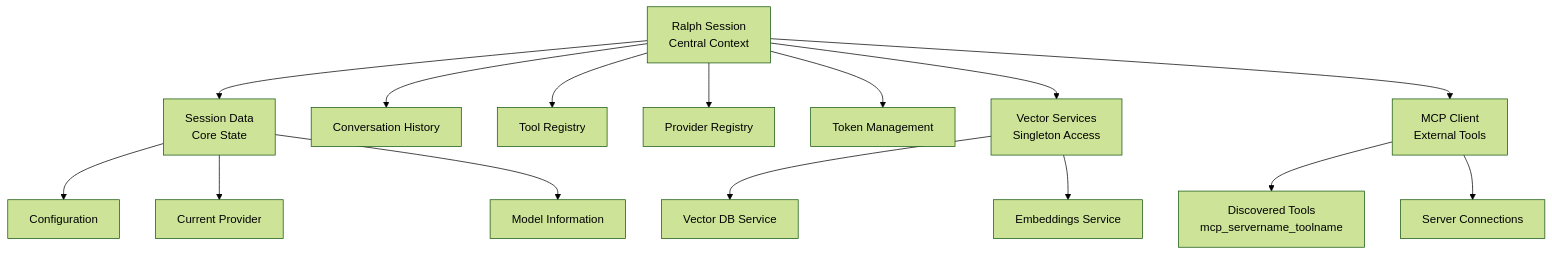
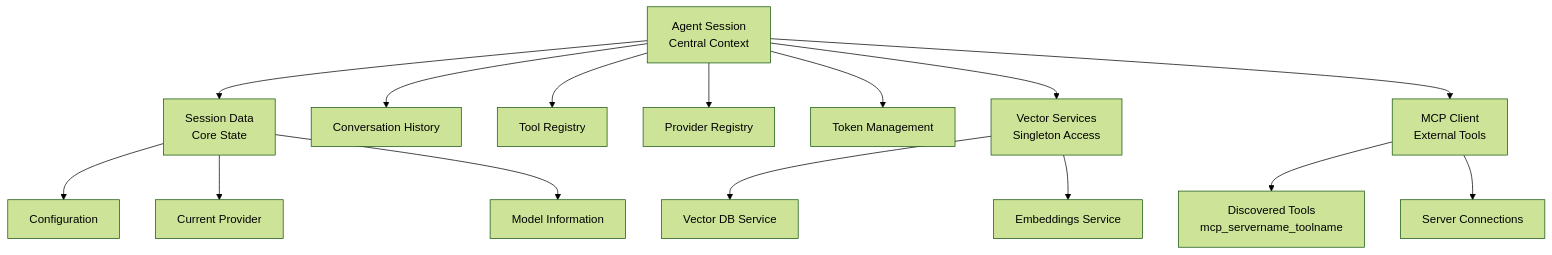
One commit to tgittos/scaffold changed the fourth of 20 diagrams in ARCHITECTURE.md. Above: the diagram before and after it, drawn with Mermaid (forest theme). The commit also changed other lines of this file and 19 other files, not shown here.

````diff
--- a/ARCHITECTURE.md
+++ b/ARCHITECTURE.md
@@ -248,20 +248,20 @@
 ```mermaid
 graph TB
-    RalphSession[Ralph Session<br/>Central Context] --> SessionData[Session Data<br/>Core State]
-    RalphSession --> ConvHistory[Conversation History]
-    RalphSession --> ToolReg[Tool Registry]
-    RalphSession --> ProvReg[Provider Registry]
-    RalphSession --> TokenMgmt[Token Management]
-    RalphSession --> VectorServices[Vector Services<br/>Singleton Access]
-    RalphSession --> MCPClient[MCP Client<br/>External Tools]
+    AgentSession[Agent Session<br/>Central Context] --> SessionData[Session Data<br/>Core State]
+    AgentSession --> ConvHistory[Conversation History]
+    AgentSession --> ToolReg[Tool Registry]
+    AgentSession --> ProvReg[Provider Registry]
+    AgentSession --> TokenMgmt[Token Management]
+    AgentSession --> VectorServices[Vector Services<br/>Singleton Access]
+    AgentSession --> MCPClient[MCP Client<br/>External Tools]
 
     SessionData --> Config[Configuration]
     SessionData --> CurrentProvider[Current Provider]
     SessionData --> ModelInfo[Model Information]
 
     VectorServices --> VectorDBService[Vector DB Service]
     VectorServices --> EmbeddingsService[Embeddings Service]
 
     MCPClient --> MCPTools[Discovered Tools<br/>mcp_servername_toolname]
     MCPClient --> MCPServers[Server Connections]
 ```
````
